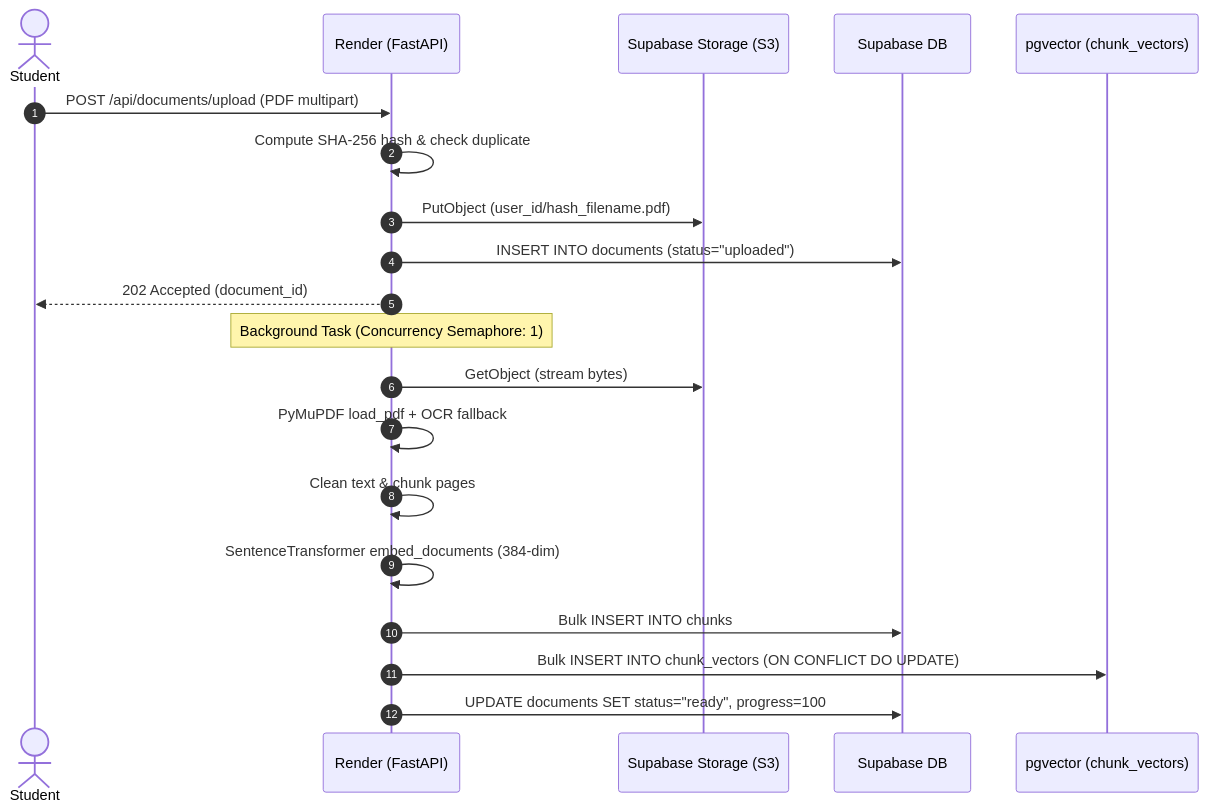
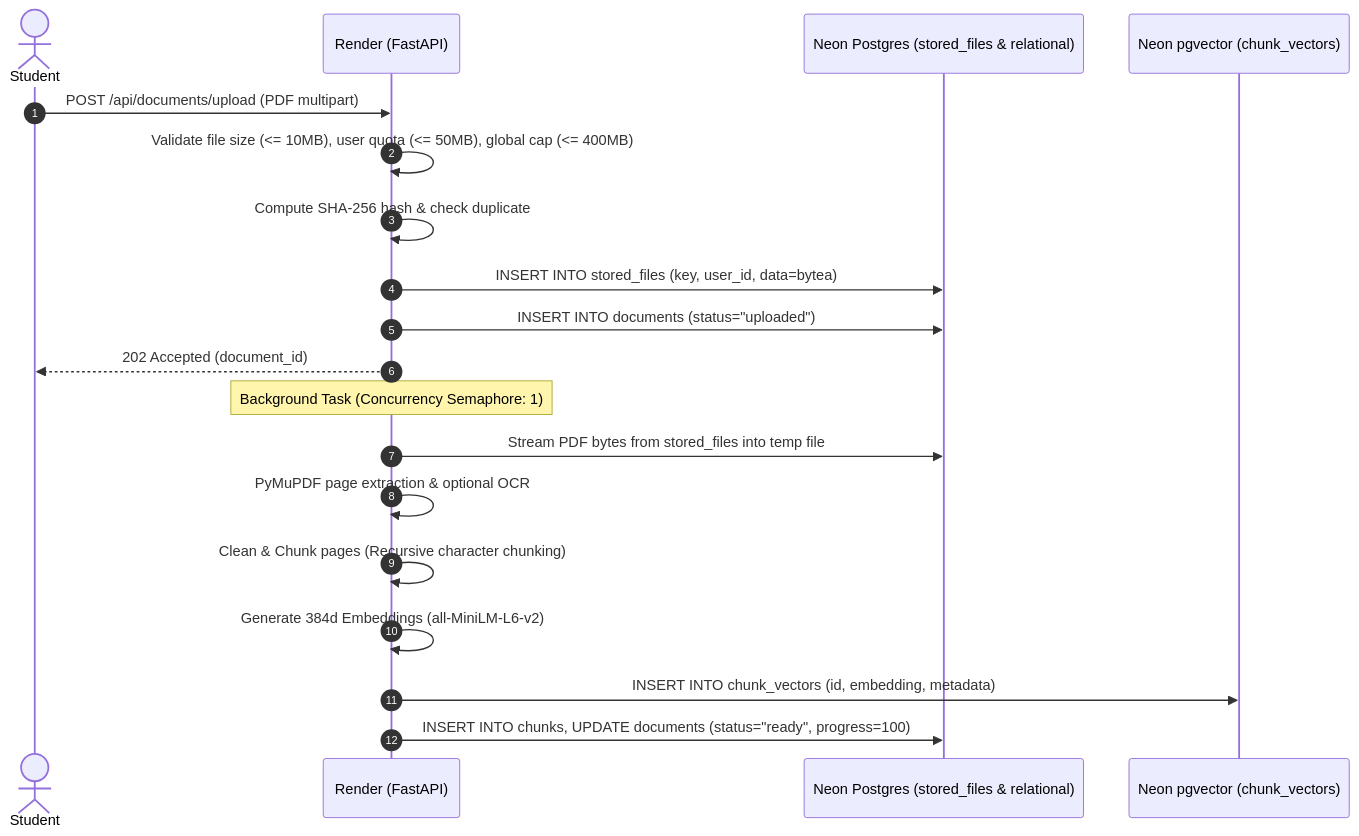
Before and after one commit to Ayush-Tiwari24/StudyMate: the second of 3 diagrams in docs/architecture.md, drawn with Mermaid. The commit also changed other lines of this file and 36 other files, not shown here.

First line of the commit message:
feat(storage): migrate to Neon serverless Postgres unified data store with quotas and streaming

````diff
--- a/docs/architecture.md
+++ b/docs/architecture.md
@@ -45,24 +43,23 @@
 ```mermaid
 sequenceDiagram
     autonumber
     actor User as Student
     participant API as Render (FastAPI)
-    participant S3 as Supabase Storage (S3)
-    participant DB as Supabase DB
-    participant Vec as pgvector (chunk_vectors)
+    participant Neon as Neon Postgres (stored_files & relational)
+    participant Vec as Neon pgvector (chunk_vectors)
 
     User->>API: POST /api/documents/upload (PDF multipart)
+    API->>API: Validate file size (<= 10MB), user quota (<= 50MB), global cap (<= 400MB)
     API->>API: Compute SHA-256 hash & check duplicate
-    API->>S3: PutObject (user_id/hash_filename.pdf)
-    API->>DB: INSERT INTO documents (status="uploaded")
+    API->>Neon: INSERT INTO stored_files (key, user_id, data=bytea)
+    API->>Neon: INSERT INTO documents (status="uploaded")
     API-->>User: 202 Accepted (document_id)
 
     Note over API: Background Task (Concurrency Semaphore: 1)
-    API->>S3: GetObject (stream bytes)
-    API->>API: PyMuPDF load_pdf + OCR fallback
-    API->>API: Clean text & chunk pages
-    API->>API: SentenceTransformer embed_documents (384-dim)
-    API->>DB: Bulk INSERT INTO chunks
-    API->>Vec: Bulk INSERT INTO chunk_vectors (ON CONFLICT DO UPDATE)
-    API->>DB: UPDATE documents SET status="ready", progress=100
+    API->>Neon: Stream PDF bytes from stored_files into temp file
+    API->>API: PyMuPDF page extraction & optional OCR
+    API->>API: Clean & Chunk pages (Recursive character chunking)
+    API->>API: Generate 384d Embeddings (all-MiniLM-L6-v2)
+    API->>Vec: INSERT INTO chunk_vectors (id, embedding, metadata)
+    API->>Neon: INSERT INTO chunks, UPDATE documents (status="ready", progress=100)
 ```
````
